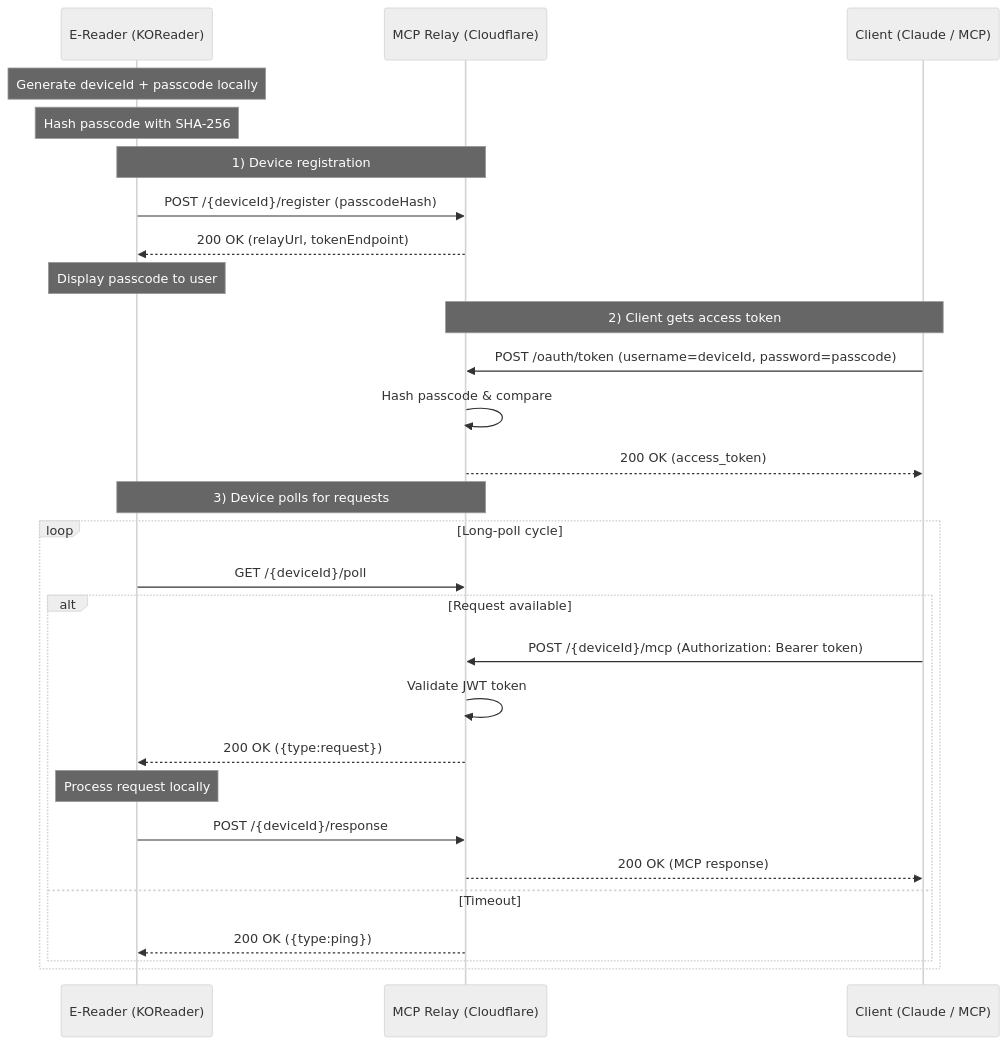
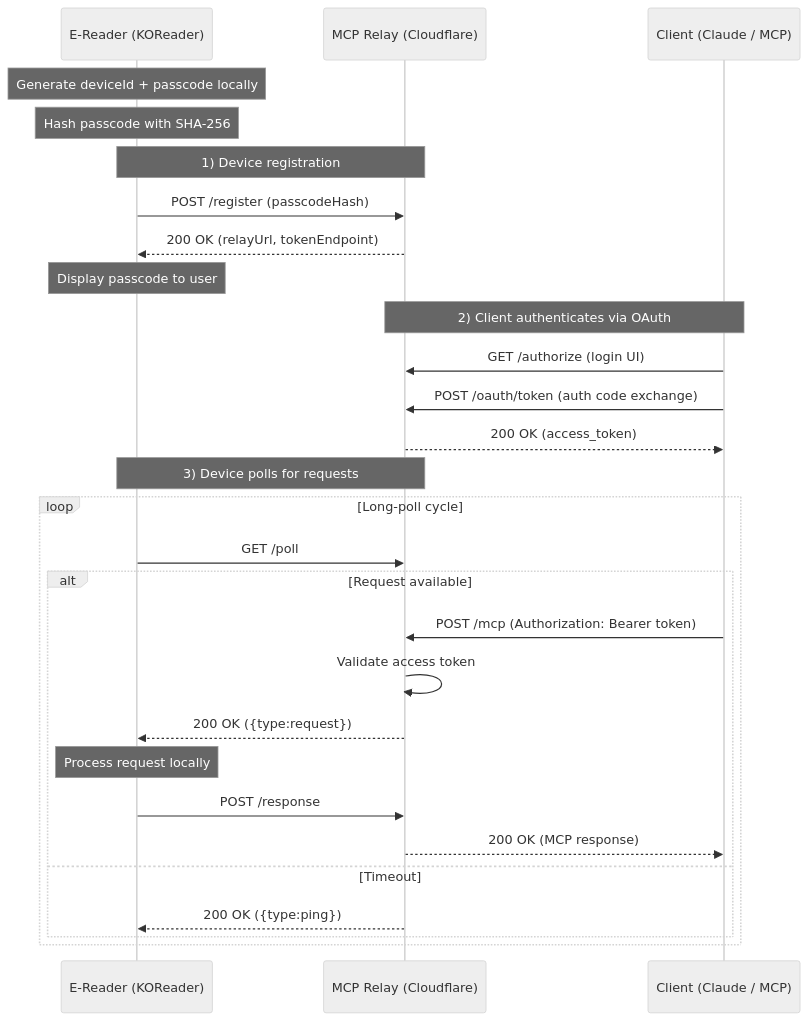
The diagram in README.md (laughedelic/koreader-mcp-cloud-relay), drawn with Mermaid (neutral theme) before and after one commit. The commit also changed other lines of this file and 2 other files, not shown here.

Commit message:
feat: Update device endpoint structure to unify access and improve OAuth flow

````diff
--- a/README.md
+++ b/README.md
@@ -16,34 +16,34 @@
 ```mermaid
 sequenceDiagram
   participant D as E-Reader (KOReader)
   participant R as MCP Relay (Cloudflare)
   participant C as Client (Claude / MCP)
 
   Note over D: Generate deviceId + passcode locally
   Note over D: Hash passcode with SHA-256
 
   Note over D,R: 1) Device registration
-  D->>R: POST /{deviceId}/register (passcodeHash)
+  D->>R: POST /register (passcodeHash)
   R-->>D: 200 OK (relayUrl, tokenEndpoint)
   Note over D: Display passcode to user
 
-  Note over C,R: 2) Client gets access token
-  C->>R: POST /oauth/token (username=deviceId, password=passcode)
-  R->>R: Hash passcode & compare
+  Note over C,R: 2) Client authenticates via OAuth
+  C->>R: GET /authorize (login UI)
+  C->>R: POST /oauth/token (auth code exchange)
   R-->>C: 200 OK (access_token)
 
   Note over D,R: 3) Device polls for requests
   loop Long-poll cycle
-    D->>R: GET /{deviceId}/poll
+    D->>R: GET /poll
     alt Request available
-      C->>R: POST /{deviceId}/mcp (Authorization: Bearer token)
-      R->>R: Validate JWT token
+      C->>R: POST /mcp (Authorization: Bearer token)
+      R->>R: Validate access token
       R-->>D: 200 OK ({type:request})
       Note over D: Process request locally
-      D->>R: POST /{deviceId}/response
+      D->>R: POST /response
       R-->>C: 200 OK (MCP response)
     else Timeout
       R-->>D: 200 OK ({type:ping})
     end
   end
 ```
````
